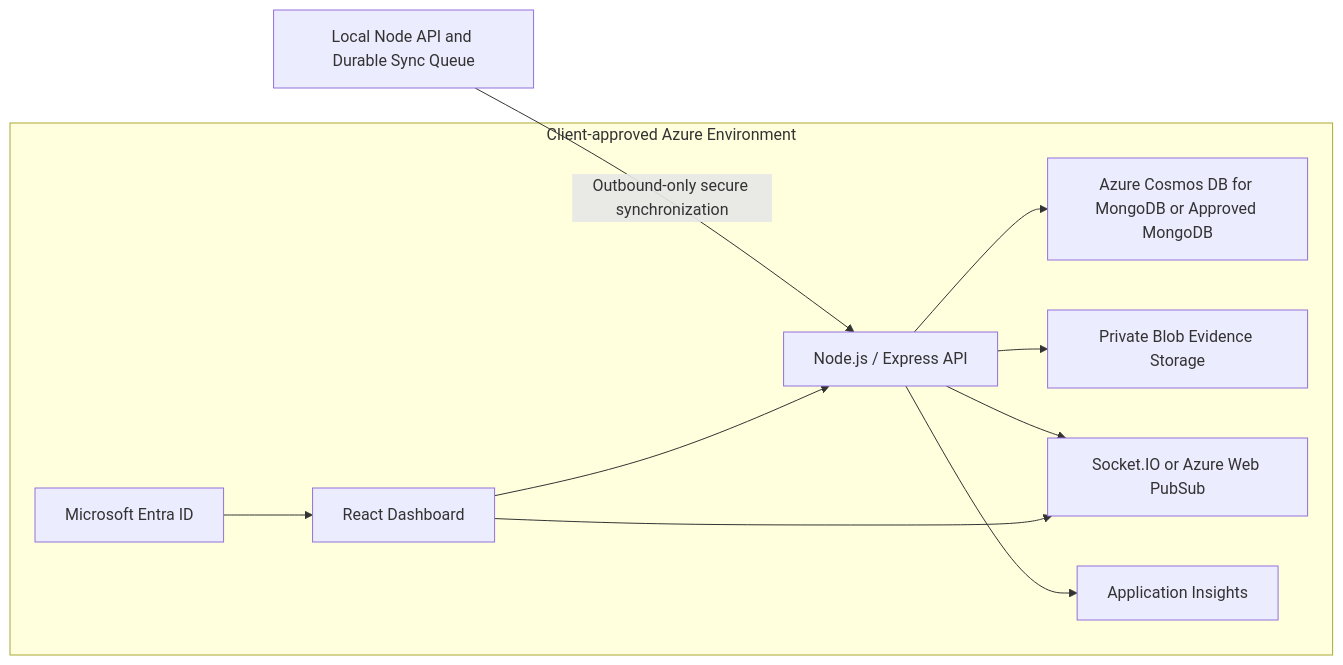
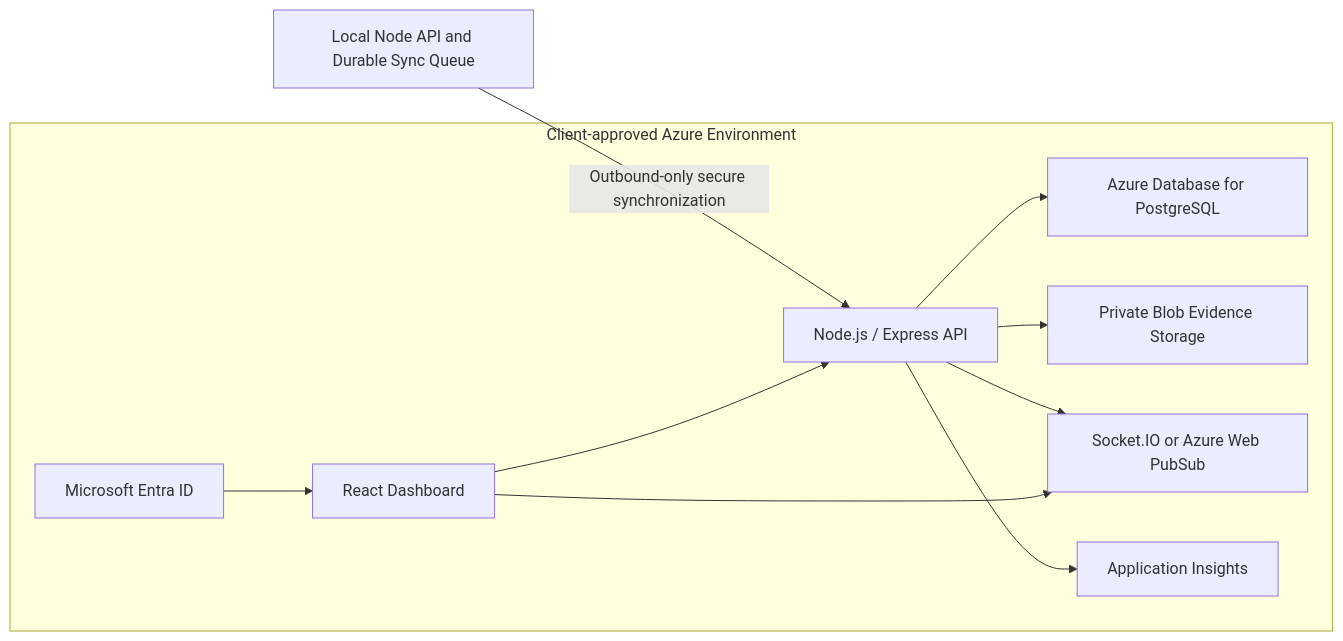
One commit to waseem99/PTC-Bale-Inspection-Monitoring-System changed the second of 2 diagrams in docs/03-solution-architecture.md. Above: the diagram before and after it, drawn with Mermaid. The commit also changed other lines of this file, not shown here.

Commit message:
docs(db): migrate solution architecture to PostgreSQL

````diff
--- a/docs/03-solution-architecture.md
+++ b/docs/03-solution-architecture.md
@@ -60,23 +60,23 @@
 ```mermaid
 flowchart LR
     LOCAL[Local Node API and Durable Sync Queue]
 
     subgraph AZURE[Client-approved Azure Environment]
         CLOUDAPI[Node.js / Express API]
-        MONGO[Azure Cosmos DB for MongoDB or Approved MongoDB]
+        PG[Azure Database for PostgreSQL]
         BLOB[Private Blob Evidence Storage]
         CLOUDWEB[React Dashboard]
         ENTRA[Microsoft Entra ID]
         RT[Socket.IO or Azure Web PubSub]
         MON[Application Insights]
     end
 
     LOCAL -->|Outbound-only secure synchronization| CLOUDAPI
-    CLOUDAPI --> MONGO
+    CLOUDAPI --> PG
     CLOUDAPI --> BLOB
     CLOUDAPI --> RT
     CLOUDWEB --> CLOUDAPI
     CLOUDWEB --> RT
     ENTRA --> CLOUDWEB
     CLOUDAPI --> MON
 ```
````
